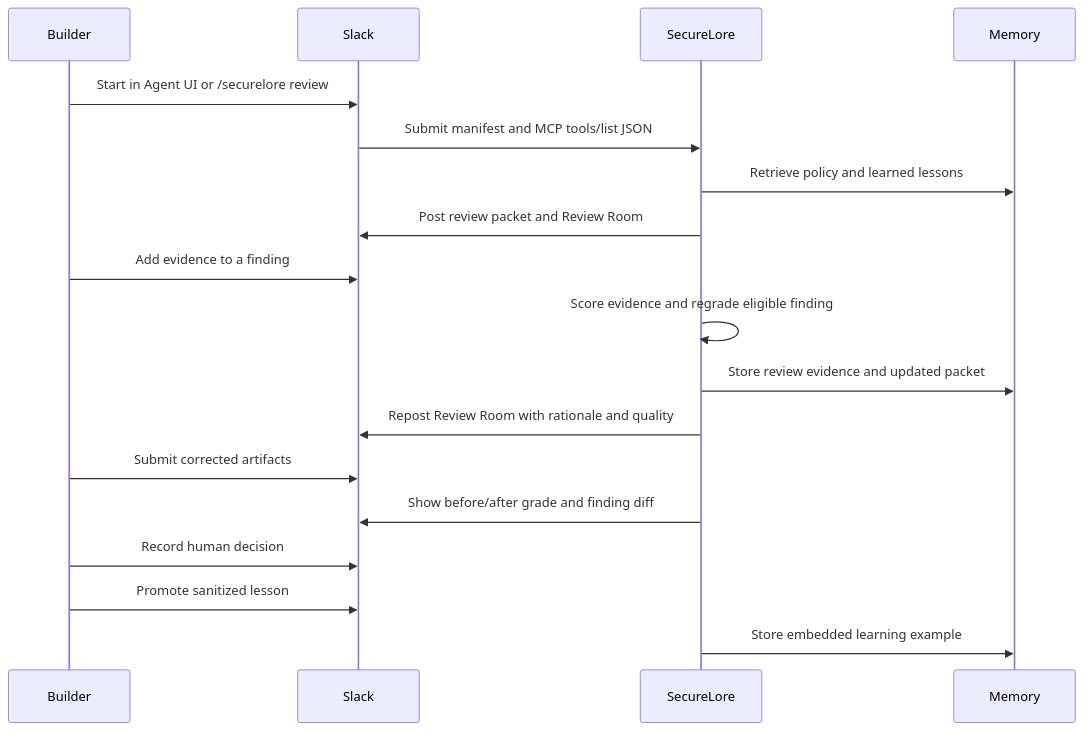
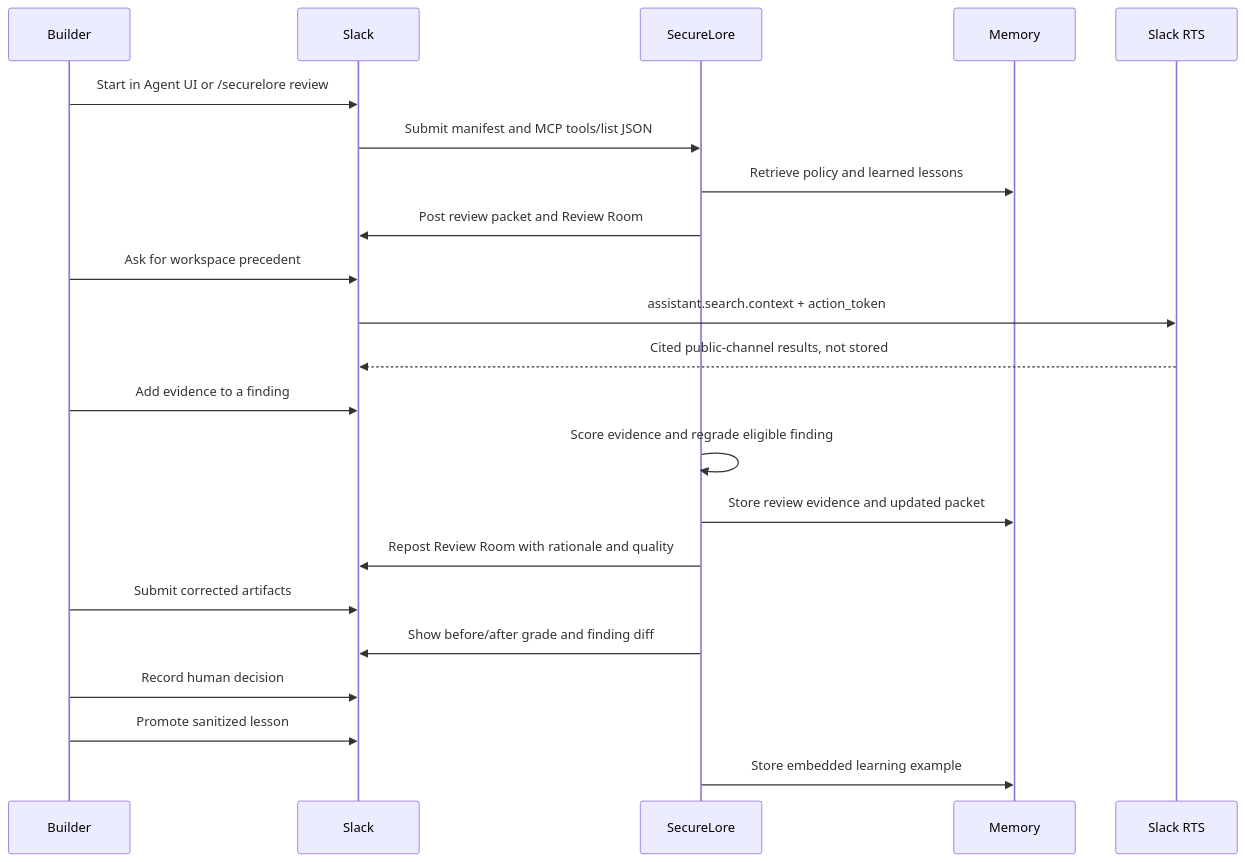
Before and after one commit to N-45div/SecureLore: the third of 3 diagrams in README.md, drawn with Mermaid. The commit also changed other lines of this file and 10 other files, not shown here.

Commit message:
feat: add zero-copy Slack RTS evidence scout

````diff
--- a/README.md
+++ b/README.md
@@ -85,21 +91,25 @@
 ```mermaid
 sequenceDiagram
   participant B as Builder
   participant S as Slack
   participant A as SecureLore
   participant M as Memory
+  participant R as Slack RTS
 
   B->>S: Start in Agent UI or /securelore review
   S->>A: Submit manifest and MCP tools/list JSON
   A->>M: Retrieve policy and learned lessons
   A->>S: Post review packet and Review Room
+  B->>S: Ask for workspace precedent
+  S->>R: assistant.search.context + action_token
+  R-->>S: Cited public-channel results, not stored
   B->>S: Add evidence to a finding
   A->>A: Score evidence and regrade eligible finding
   A->>M: Store review evidence and updated packet
   A->>S: Repost Review Room with rationale and quality
   B->>S: Submit corrected artifacts
   A->>S: Show before/after grade and finding diff
   B->>S: Record human decision
   B->>S: Promote sanitized lesson
   A->>M: Store embedded learning example
 ```
````
